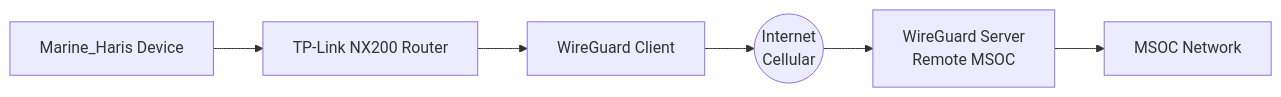
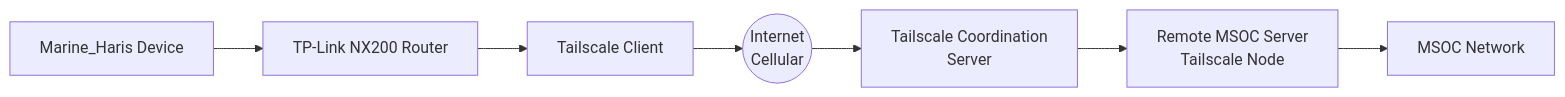
The diagram in docs/VPN_SETUP.md (project-haris/marine-haris), drawn with Mermaid before and after one commit. The commit also changed other lines of this file and 18 other files, not shown here.

````diff
--- a/docs/VPN_SETUP.md
+++ b/docs/VPN_SETUP.md
@@ -6,8 +5,9 @@
 ```mermaid
 flowchart LR
     A[Marine_Haris Device] --> B[TP-Link NX200 Router]
-    B --> C[WireGuard Client]
+    B --> C[Tailscale Client]
     C --> D((Internet<br/>Cellular))
-    D --> E[WireGuard Server<br/>Remote MSOC]
-    E --> F[MSOC Network]
+    D --> E[Tailscale Coordination<br/>Server]
+    E --> F[Remote MSOC Server<br/>Tailscale Node]
+    F --> G[MSOC Network]
 ```
````
